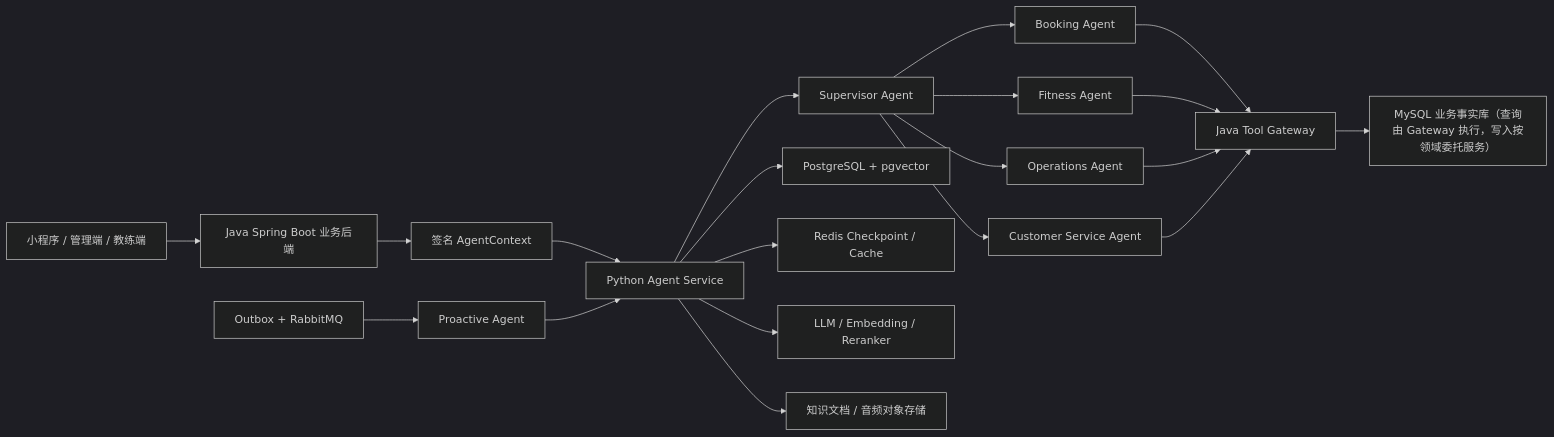
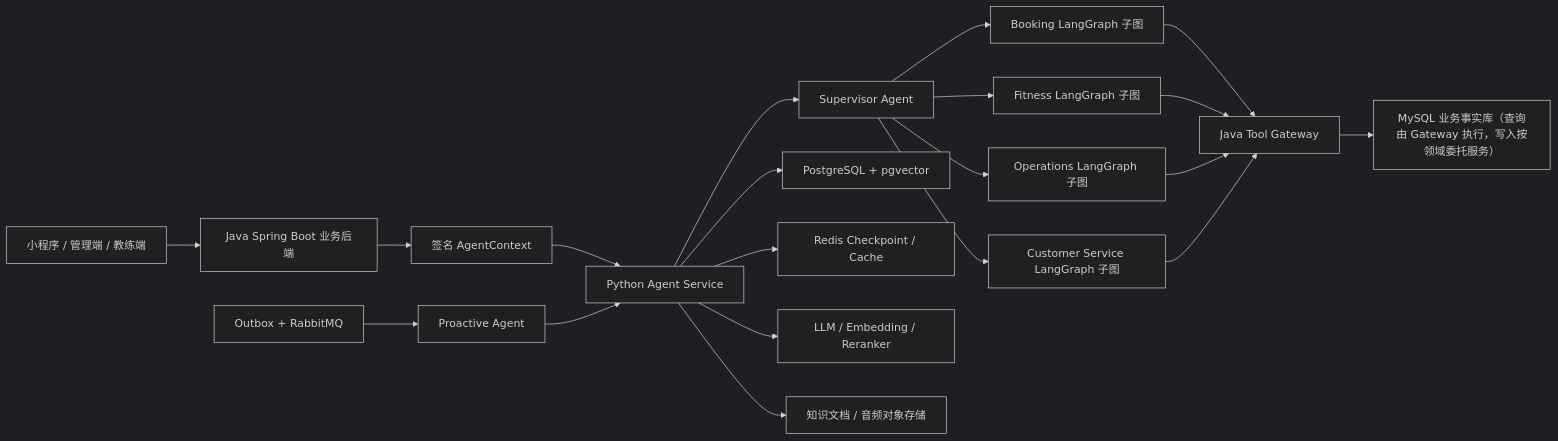
One commit to Dericccck/ai-fitness-platform changed the diagram in docs/ai-fitness-agent-development-roadmap.md. Above: the diagram before and after it, drawn with Mermaid (dark theme). The commit also changed other lines of this file, not shown here.

First line of the commit message:
统一路线图中的领域子图架构表述

````diff
--- a/docs/ai-fitness-agent-development-roadmap.md
+++ b/docs/ai-fitness-agent-development-roadmap.md
@@ -182,22 +198,22 @@
 ```mermaid
 flowchart LR
     Client["小程序 / 管理端 / 教练端"] --> Java["Java Spring Boot 业务后端"]
     Java --> Context["签名 AgentContext"]
     Context --> Agent["Python Agent Service"]
     Agent --> Supervisor["Supervisor Agent"]
-    Supervisor --> Booking["Booking Agent"]
-    Supervisor --> Fitness["Fitness Agent"]
-    Supervisor --> Operations["Operations Agent"]
-    Supervisor --> Customer["Customer Service Agent"]
+    Supervisor --> Booking["Booking LangGraph 子图"]
+    Supervisor --> Fitness["Fitness LangGraph 子图"]
+    Supervisor --> Operations["Operations LangGraph 子图"]
+    Supervisor --> Customer["Customer Service LangGraph 子图"]
     Events["Outbox + RabbitMQ"] --> Proactive["Proactive Agent"]
     Proactive --> Agent
     Booking --> Tools["Java Tool Gateway"]
     Fitness --> Tools
     Operations --> Tools
     Customer --> Tools
     Tools --> MySQL["MySQL 业务事实库（查询由 Gateway 执行，写入按领域委托服务）"]
     Agent --> Postgres["PostgreSQL + pgvector"]
     Agent --> Redis["Redis Checkpoint / Cache"]
     Agent --> Models["LLM / Embedding / Reranker"]
     Agent --> ObjectStorage["知识文档 / 音频对象存储"]
 ```
````
